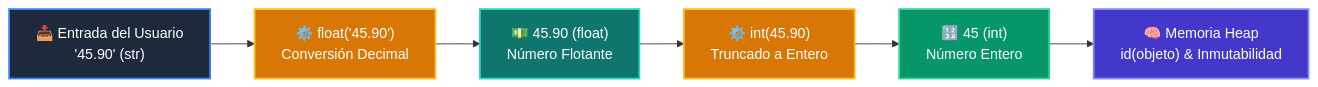
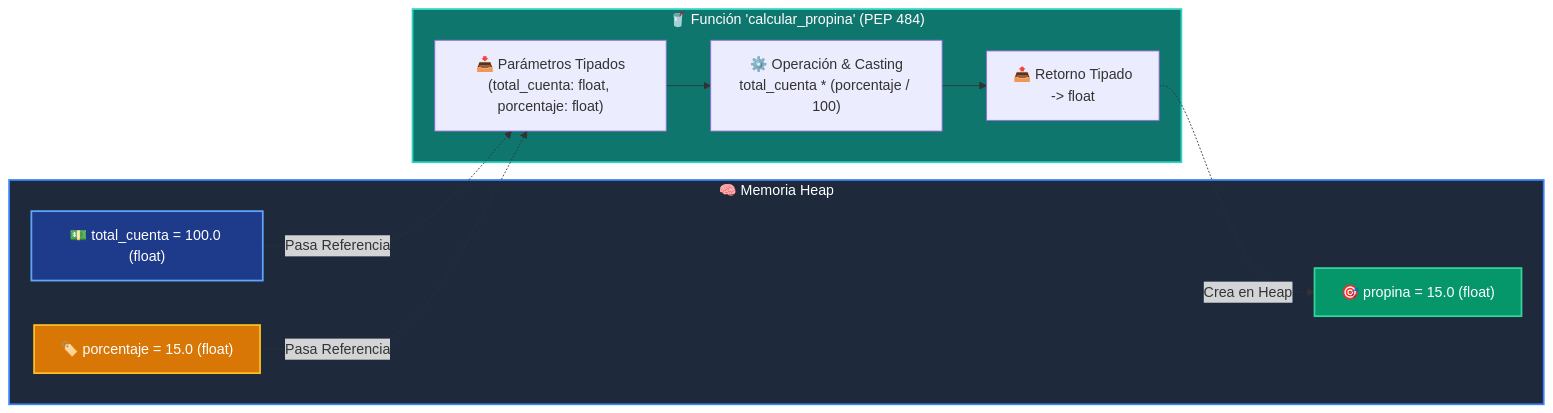
Before and after one commit to wisrovi/wisrovi-python: the diagram in 01-fundamentos-python/clase-02-variables-y-tipos/README.md, drawn with Mermaid. The commit also changed other lines of this file and 38 other files, not shown here.

````diff
--- a/01-fundamentos-python/clase-02-variables-y-tipos/README.md
+++ b/01-fundamentos-python/clase-02-variables-y-tipos/README.md
@@ -26,15 +26,25 @@
 ```mermaid
 flowchart LR
-    INPUT["📥 Entrada del Usuario<br/>'45.90' (str)"] --> CAST1["⚙️ float('45.90')<br/>Conversión Decimal"]
-    CAST1 --> FLOAT_VAL["💵 45.90 (float)<br/>Número Flotante"]
-    FLOAT_VAL --> CAST2["⚙️ int(45.90)<br/>Truncado a Entero"]
-    CAST2 --> INT_VAL["🔢 45 (int)<br/>Número Entero"]
-    INT_VAL --> MEM["🧠 Memoria Heap<br/>id(objeto) & Inmutabilidad"]
+    subgraph Memoria["🧠 Memoria Heap"]
+        OBJ1["💵 total_cuenta = 100.0 (float)"]
+        OBJ2["🏷️ porcentaje = 15.0 (float)"]
+        RET["🎯 propina = 15.0 (float)"]
+    end
 
-    style INPUT fill:#1e293b,color:#ffffff,stroke:#3b82f6,stroke-width:2px
-    style CAST1 fill:#d97706,color:#ffffff,stroke:#fbbf24,stroke-width:2px
-    style FLOAT_VAL fill:#0f766e,color:#ffffff,stroke:#2dd4bf,stroke-width:2px
-    style CAST2 fill:#d97706,color:#ffffff,stroke:#fbbf24,stroke-width:2px
-    style INT_VAL fill:#059669,color:#ffffff,stroke:#34d399,stroke-width:2px
-    style MEM fill:#4338ca,color:#ffffff,stroke:#818cf8,stroke-width:2px
+    subgraph Funcion["🥤 Función 'calcular_propina' (PEP 484)"]
+        INPUT["📥 Parámetros Tipados<br/>(total_cuenta: float, porcentaje: float)"]
+        LOGIC["⚙️ Operación & Casting<br/>total_cuenta * (porcentaje / 100)"]
+        OUT["📤 Retorno Tipado<br/>-> float"]
+        INPUT --> LOGIC --> OUT
+    end
+
+    OBJ1 -.->|Pasa Referencia| INPUT
+    OBJ2 -.->|Pasa Referencia| INPUT
+    OUT -.->|Crea en Heap| RET
+
+    style Memoria fill:#1e293b,color:#ffffff,stroke:#3b82f6,stroke-width:2px
+    style Funcion fill:#0f766e,color:#ffffff,stroke:#2dd4bf,stroke-width:2px
+    style OBJ1 fill:#1e3a8a,color:#ffffff,stroke:#60a5fa,stroke-width:2px
+    style OBJ2 fill:#d97706,color:#ffffff,stroke:#fbbf24,stroke-width:2px
+    style RET fill:#059669,color:#ffffff,stroke:#34d399,stroke-width:2px
 ```
````
